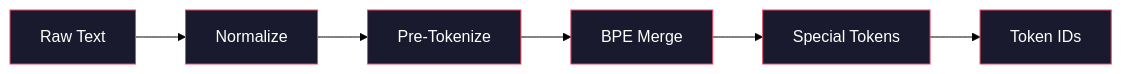
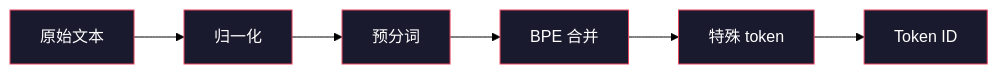
Before and after one commit to alessandrodinisio-ai/ai-engineering-learning-framework: the diagram in phases/10-llms-from-scratch/02-building-a-tokenizer/docs/zh.md, drawn with Mermaid (forest theme). The commit also changed 120 other files, not shown here.

First line of the commit message:
i18n(mermaid): 337 个 mermaid 图表标签中文化

````diff
--- a/phases/10-llms-from-scratch/02-building-a-tokenizer/docs/zh.md
+++ b/phases/10-llms-from-scratch/02-building-a-tokenizer/docs/zh.md
@@ -35,15 +35,15 @@
 ```mermaid
 graph LR
-    A[Raw Text] --> B[Normalize]
-    B --> C[Pre-Tokenize]
-    C --> D[BPE Merge]
-    D --> E[Special Tokens]
-    E --> F[Token IDs]
+    A[原始文本] --> B[归一化]
+    B --> C[预分词]
+    C --> D[BPE 合并]
+    D --> E[特殊 token]
+    E --> F[Token ID]
 
     style A fill:#1a1a2e,stroke:#e94560,color:#fff
     style B fill:#1a1a2e,stroke:#e94560,color:#fff
     style C fill:#1a1a2e,stroke:#e94560,color:#fff
     style D fill:#1a1a2e,stroke:#e94560,color:#fff
     style E fill:#1a1a2e,stroke:#e94560,color:#fff
     style F fill:#1a1a2e,stroke:#e94560,color:#fff
 ```
````
